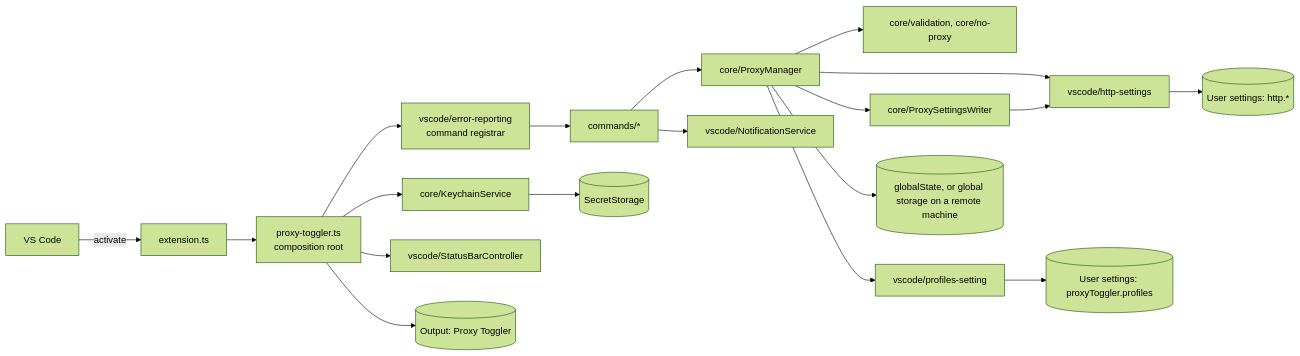
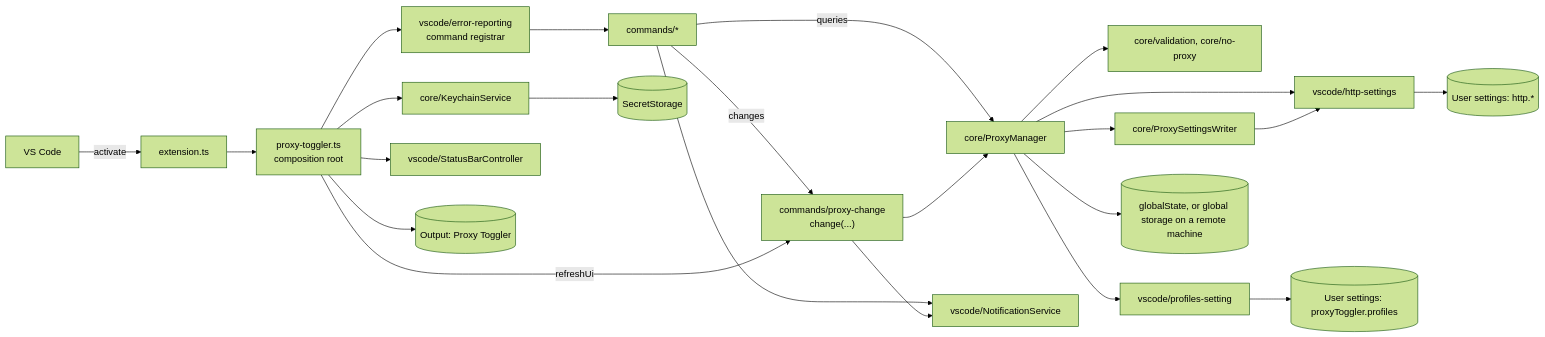
The diagram in ARCHITECTURE.md (bluecloud-dev/proxy-toggler), drawn with Mermaid (forest theme) before and after one commit. The commit also changed other lines of this file and 3 other files, not shown here.

````diff
--- a/ARCHITECTURE.md
+++ b/ARCHITECTURE.md
@@ -34,21 +36,25 @@
 ```mermaid
 flowchart LR
   vscodeHost["VS Code"] -->|activate| extension["extension.ts"]
   extension --> root["proxy-toggler.ts<br/>composition root"]
   root --> registrar["vscode/error-reporting<br/>command registrar"]
   registrar --> commands["commands/*"]
-  commands --> manager["core/ProxyManager"]
+  commands -->|changes| change["commands/proxy-change<br/>change(...)"]
+  commands -->|queries| manager["core/ProxyManager"]
   commands --> notifications["vscode/NotificationService"]
+  root -->|refreshUi| change
+  change --> manager
+  change --> notifications
   manager --> validation["core/validation, core/no-proxy"]
   manager --> writer["core/ProxySettingsWriter"]
   manager --> httpSettings["vscode/http-settings"]
   manager --> profilesSetting["vscode/profiles-setting"]
   writer --> httpSettings
   profilesSetting --> profiles[("User settings: proxyToggler.profiles")]
   root --> keychain["core/KeychainService"]
   keychain --> secrets[("SecretStorage")]
   manager --> state[("globalState, or global storage on a remote machine")]
   httpSettings --> settings[("User settings: http.*")]
   root --> statusBar["vscode/StatusBarController"]
   root --> logger[("Output: Proxy Toggler")]
 ```
````
